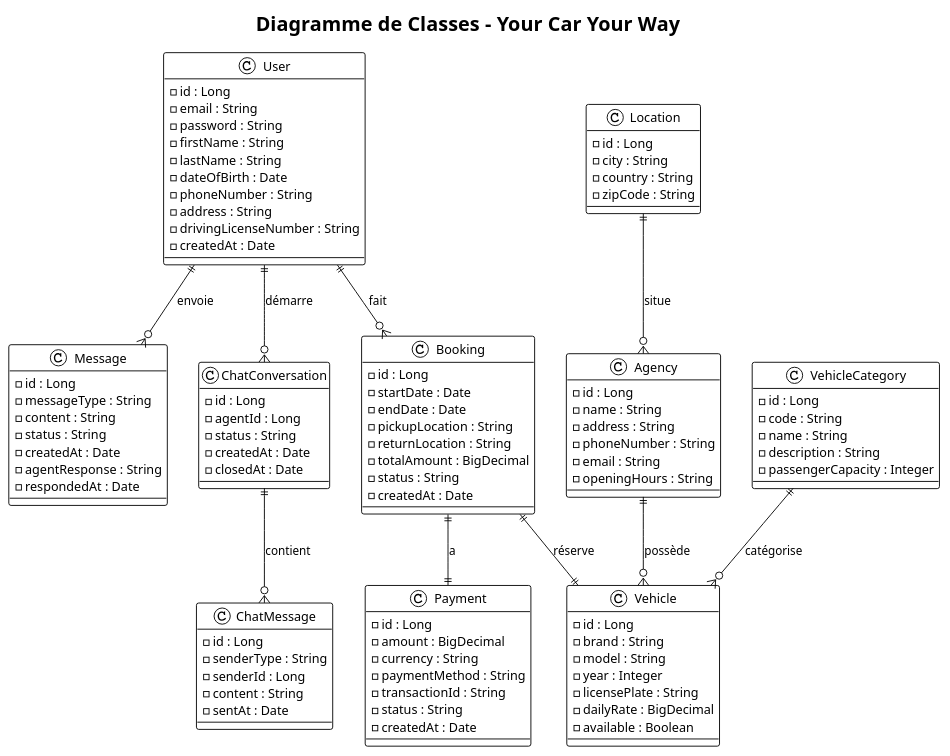
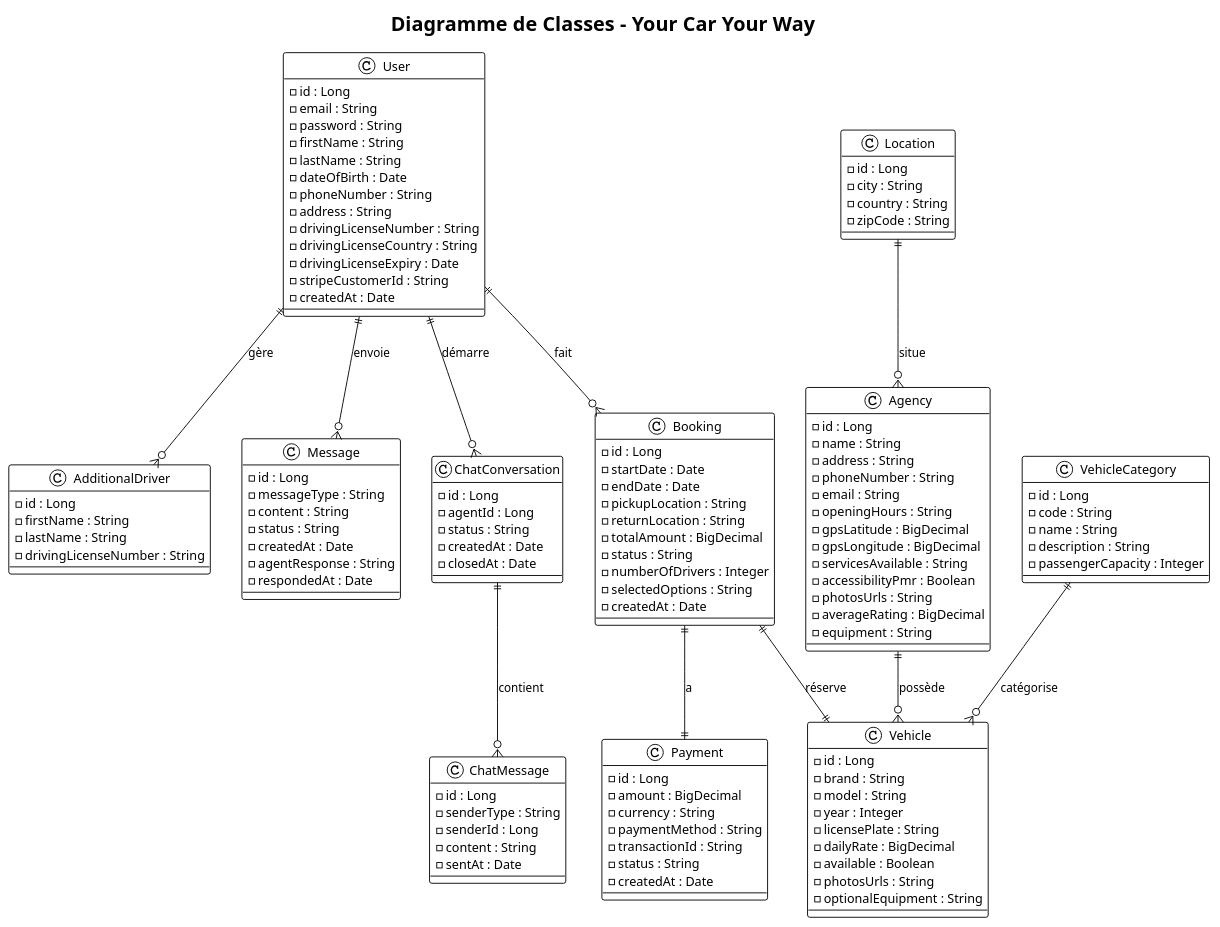
Before and after one commit to AnhVaccari/yourCaryourWay-chat-PoC: the diagram in diagramme_classe.puml, drawn with PlantUML. The commit also changed 2 other files, not shown here.

Commit message:
update diagramm

```diff
--- a/diagramme_classe.puml
+++ b/diagramme_classe.puml
@@ -1,112 +1,134 @@
 @startuml
 !theme plain
 title Diagramme de Classes - Your Car Your Way 
 
 class User {
   - id : Long
   - email : String
   - password : String
   - firstName : String
   - lastName : String
   - dateOfBirth : Date
   - phoneNumber : String
   - address : String
   - drivingLicenseNumber : String
+  - drivingLicenseCountry : String
+  - drivingLicenseExpiry : Date
+  - stripeCustomerId : String
   - createdAt : Date
+}
+
+class AdditionalDriver {
+  - id : Long
+  - firstName : String
+  - lastName : String
+  - drivingLicenseNumber : String
 }
 
 class Message {
   - id : Long
   - messageType : String
   - content : String
   - status : String
   - createdAt : Date
   - agentResponse : String
   - respondedAt : Date
 }
 
 class ChatConversation {
   - id : Long
   - agentId : Long
   - status : String
   - createdAt : Date
   - closedAt : Date
 }
 
 class ChatMessage {
   - id : Long
   - senderType : String
   - senderId : Long
   - content : String
   - sentAt : Date
 }
 
 class Vehicle {
   - id : Long
   - brand : String
   - model : String
   - year : Integer
   - licensePlate : String
   - dailyRate : BigDecimal
   - available : Boolean
+  - photosUrls : String
+  - optionalEquipment : String
 }
 
 class Booking {
   - id : Long
   - startDate : Date
   - endDate : Date
   - pickupLocation : String
   - returnLocation : String
   - totalAmount : BigDecimal
   - status : String
+  - numberOfDrivers : Integer
+  - selectedOptions : String
   - createdAt : Date
 }
 
 class Payment {
   - id : Long
   - amount : BigDecimal
   - currency : String
   - paymentMethod : String
   - transactionId : String
   - status : String
   - createdAt : Date
 }
 
 class Agency {
   - id : Long
   - name : String
   - address : String
   - phoneNumber : String
   - email : String
   - openingHours : String
+  - gpsLatitude : BigDecimal
+  - gpsLongitude : BigDecimal
+  - servicesAvailable : String
+  - accessibilityPmr : Boolean
+  - photosUrls : String
+  - averageRating : BigDecimal
+  - equipment : String
 }
 
 class VehicleCategory {
   - id : Long
   - code : String
   - name : String
   - description : String
   - passengerCapacity : Integer
 }
 
 class Location {
   - id : Long
   - city : String
   - country : String
   - zipCode : String
 }
 
 ' Relations principales
+User ||--o{ AdditionalDriver : "gère"
 User ||--o{ Booking : "fait"
 User ||--o{ Message : "envoie"
 User ||--o{ ChatConversation : "démarre"
 ChatConversation ||--o{ ChatMessage : "contient"
 Booking ||--|| Payment : "a"
 Booking ||--|| Vehicle : "réserve"
 
 ' Relations véhicules et agences
 Agency ||--o{ Vehicle : "possède"
 VehicleCategory ||--o{ Vehicle : "catégorise"
 Location ||--o{ Agency : "situe"
 
 @enduml
```
